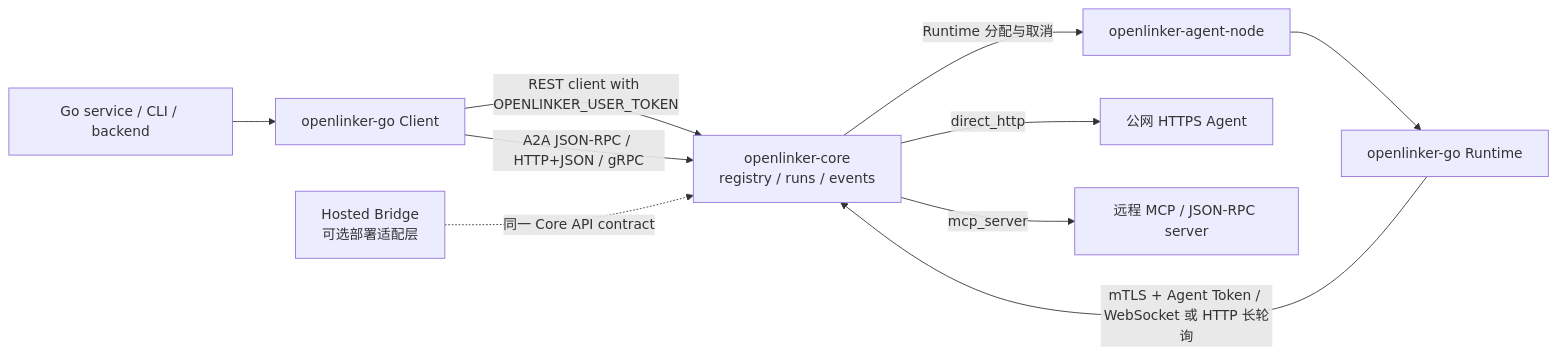
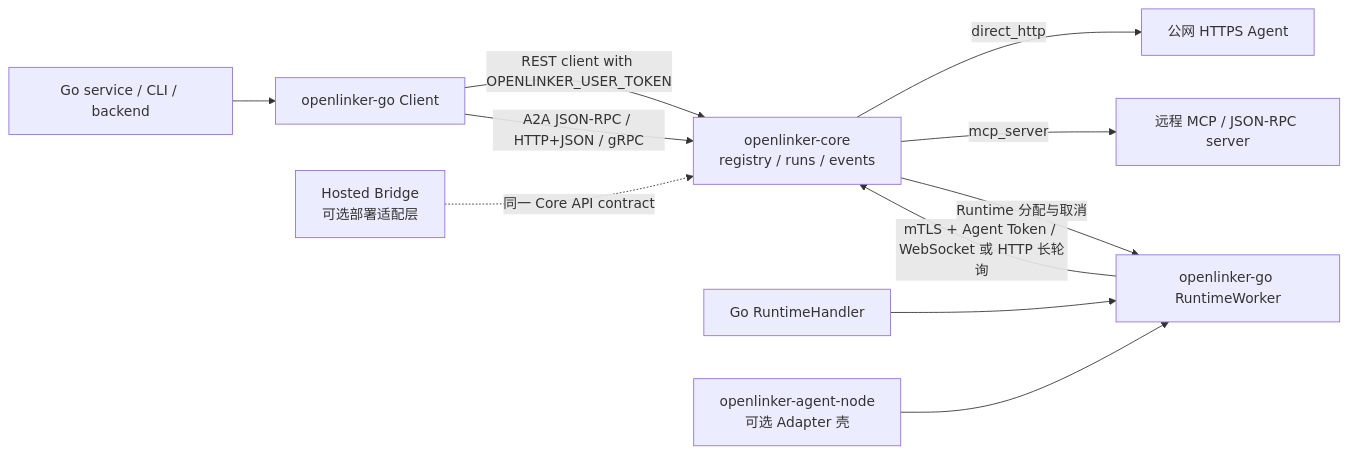
Before and after one commit to OpenLinker-ai/openlinker-go: the diagram in README.zh-CN.md, drawn with Mermaid. The commit also changed other lines of this file and 62 other files, not shown here.

Commit message:
feat(runtime)!: move reliable worker into SDK

````diff
--- a/README.zh-CN.md
+++ b/README.zh-CN.md
@@ -23,14 +22,15 @@
 ```mermaid
 flowchart LR
   Service["Go service / CLI / backend"] --> ClientSDK["openlinker-go Client"]
   ClientSDK -->|"REST client with OPENLINKER_USER_TOKEN"| Core["openlinker-core<br/>registry / runs / events"]
   ClientSDK -->|"A2A JSON-RPC / HTTP+JSON / gRPC"| Core
-  AgentNode["openlinker-agent-node"] --> RuntimeSDK["openlinker-go Runtime"]
+  Handler["Go RuntimeHandler"] --> RuntimeSDK["openlinker-go RuntimeWorker"]
+  AgentNode["openlinker-agent-node<br/>可选 Adapter 壳"] --> RuntimeSDK
   RuntimeSDK -->|"mTLS + Agent Token / WebSocket 或 HTTP 长轮询"| Core
 
   HostedBridge["Hosted Bridge<br/>可选部署适配层"] -.->|"同一 Core API contract"| Core
 
   Core -->|"direct_http"| HTTPAgent["公网 HTTPS Agent"]
   Core -->|"mcp_server"| MCPAgent["远程 MCP / JSON-RPC server"]
-  Core -->|"Runtime 分配与取消"| AgentNode
+  Core -->|"Runtime 分配与取消"| RuntimeSDK
 ```
````
